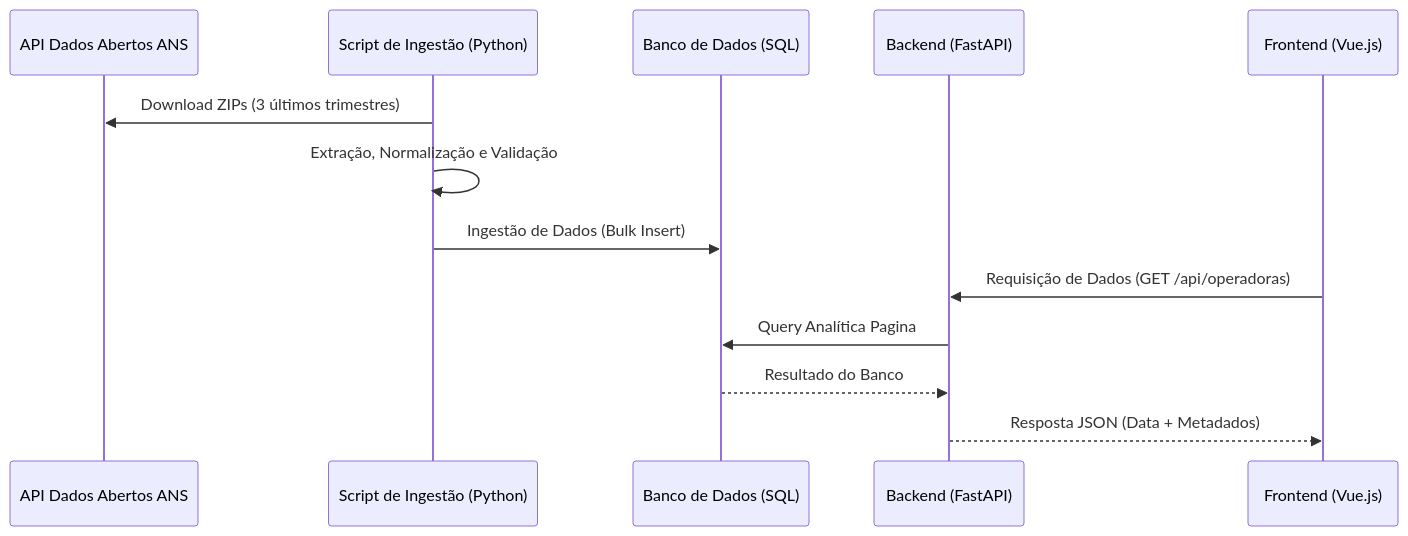
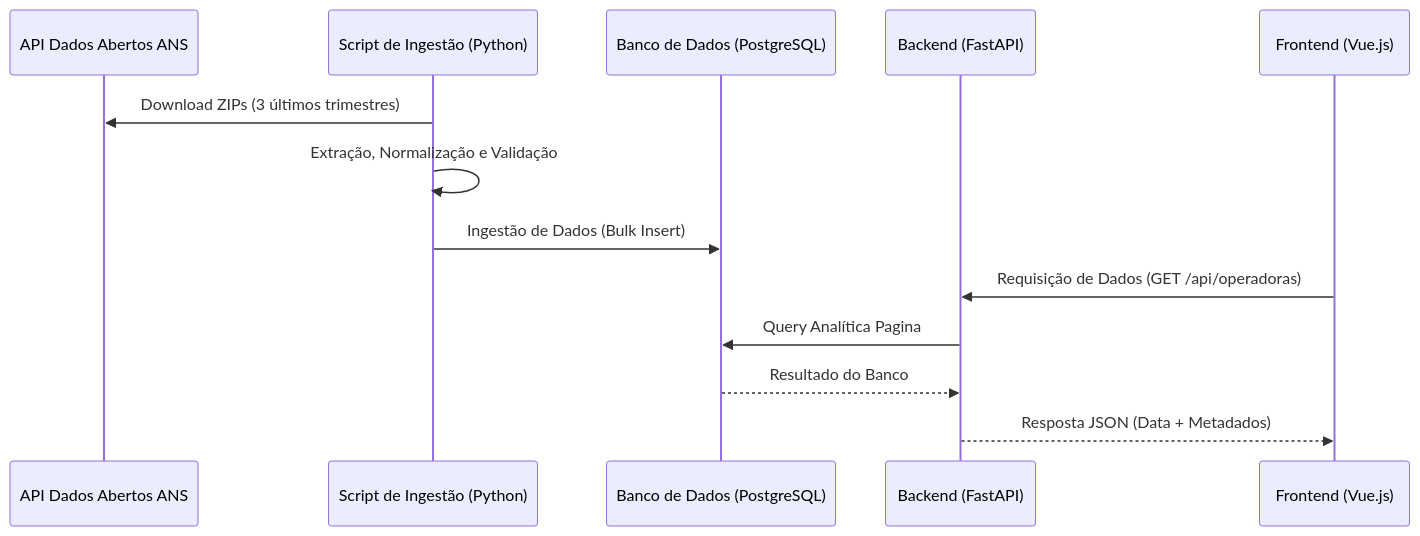
Before and after one commit to skyzinha-chan/desafio-empresa_x-2026: the diagram in README.md, drawn with Mermaid. The commit also changed other lines of this file and 5 other files, not shown here.

````diff
--- a/README.md
+++ b/README.md
@@ -106,16 +174,16 @@
 ```mermaid
 sequenceDiagram
     participant ANS as API Dados Abertos ANS
     participant Script as Script de Ingestão (Python)
-    participant DB as Banco de Dados (SQL)
+    participant DB as Banco de Dados (PostgreSQL)
     participant API as Backend (FastAPI)
     participant Web as Frontend (Vue.js)
 
     Script->>ANS: Download ZIPs (3 últimos trimestres)
     Script->>Script: Extração, Normalização e Validação
     Script->>DB: Ingestão de Dados (Bulk Insert)
     Web->>API: Requisição de Dados (GET /api/operadoras)
     API->>DB: Query Analítica Pagina
     DB-->>API: Resultado do Banco
     API-->>Web: Resposta JSON (Data + Metadados)
 ```
````
